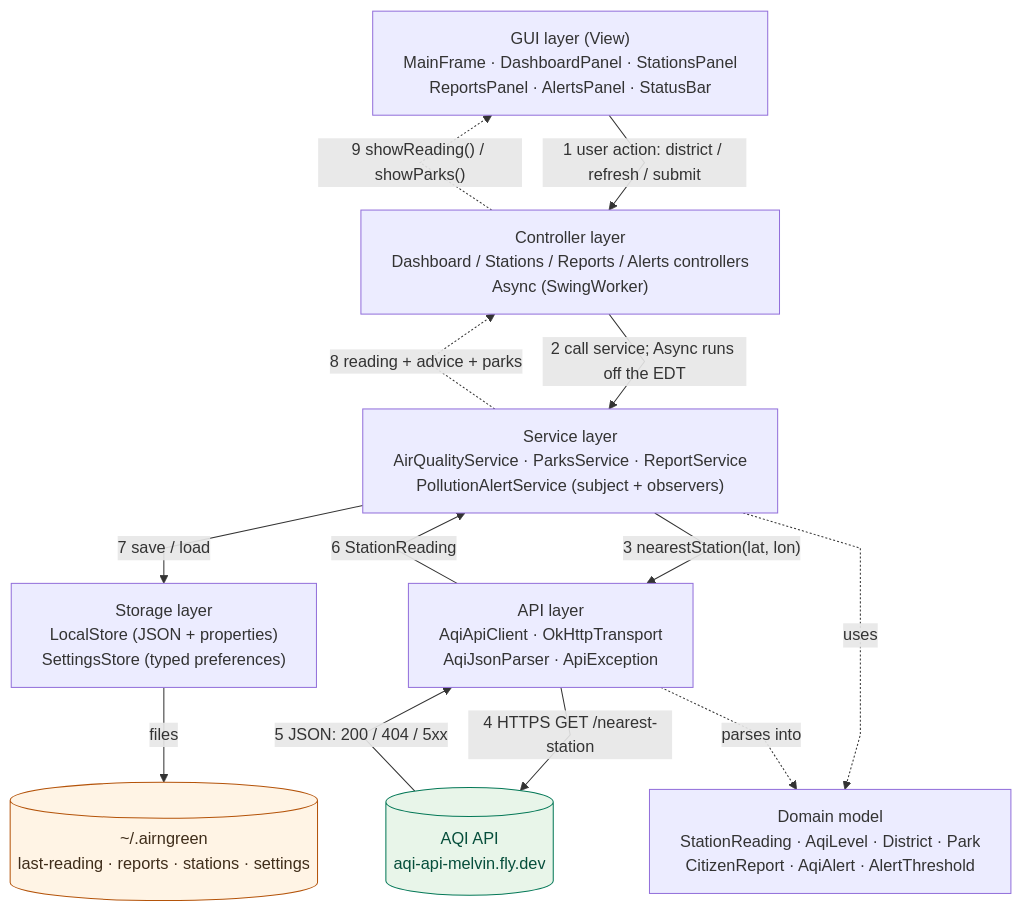
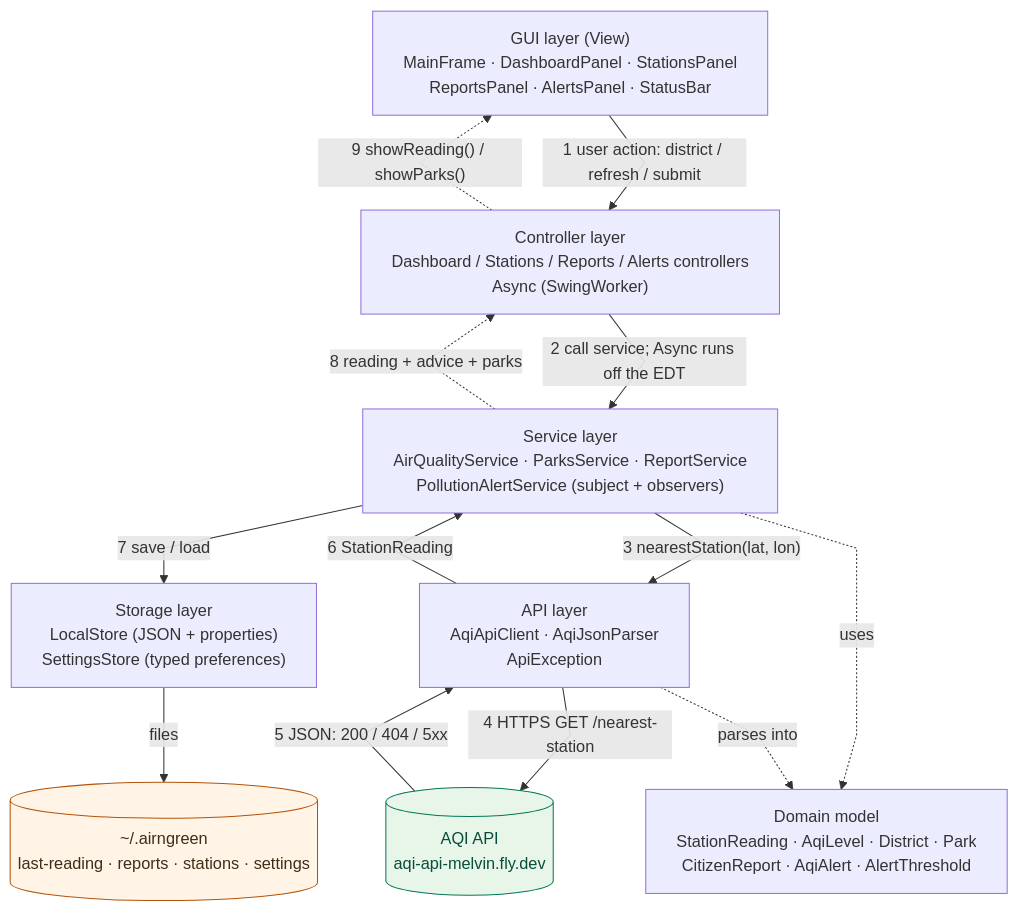
One commit to melvinchia3636/sc-assignment changed the diagram in docs/diagrams/architecture.mmd. Above: the diagram before and after it, drawn with Mermaid. The commit also changed 17 other files, not shown here.

Commit message:
refactor: inject OkHttpClient and test with MockWebServer

```diff
--- a/docs/diagrams/architecture.mmd
+++ b/docs/diagrams/architecture.mmd
@@ -1,37 +1,37 @@
 ---
 config:
   theme: default
   flowchart:
     curve: linear
     nodeSpacing: 35
     rankSpacing: 45
     wrappingWidth: 480
 ---
 flowchart TB
     UI["GUI layer (View)<br/>MainFrame · DashboardPanel · StationsPanel<br/>ReportsPanel · AlertsPanel · StatusBar"]
     C["Controller layer<br/>Dashboard / Stations / Reports / Alerts controllers<br/>Async (SwingWorker)"]
     S["Service layer<br/>AirQualityService · ParksService · ReportService<br/>PollutionAlertService (subject + observers)"]
     STORE["Storage layer<br/>LocalStore (JSON + properties)<br/>SettingsStore (typed preferences)"]
-    API["API layer<br/>AqiApiClient · OkHttpTransport<br/>AqiJsonParser · ApiException"]
+    API["API layer<br/>AqiApiClient · AqiJsonParser<br/>ApiException"]
     M["Domain model<br/>StationReading · AqiLevel · District · Park<br/>CitizenReport · AqiAlert · AlertThreshold"]
 
     EXT[("AQI API<br/>aqi-api-melvin.fly.dev")]
     DISK[("~/.airngreen<br/>last-reading · reports · stations · settings")]
 
     UI -- "1 user action: district / refresh / submit" --> C
     C -- "2 call service; Async runs off the EDT" --> S
     S -- "3 nearestStation(lat, lon)" --> API
     API -- "4 HTTPS GET /nearest-station" --> EXT
     EXT -- "5 JSON: 200 / 404 / 5xx" --> API
     API -- "6 StationReading" --> S
     S -- "7 save / load" --> STORE
     STORE -- "files" --> DISK
     S -. "8 reading + advice + parks" .-> C
     C -. "9 showReading() / showParks()" .-> UI
     S -. "uses" .-> M
     API -. "parses into" .-> M
 
     classDef store fill:#FFF4E5,stroke:#B45309,color:#3F2D1A
     classDef external fill:#E8F5E9,stroke:#047857,color:#064E3B
     class DISK store
     class EXT external
```
